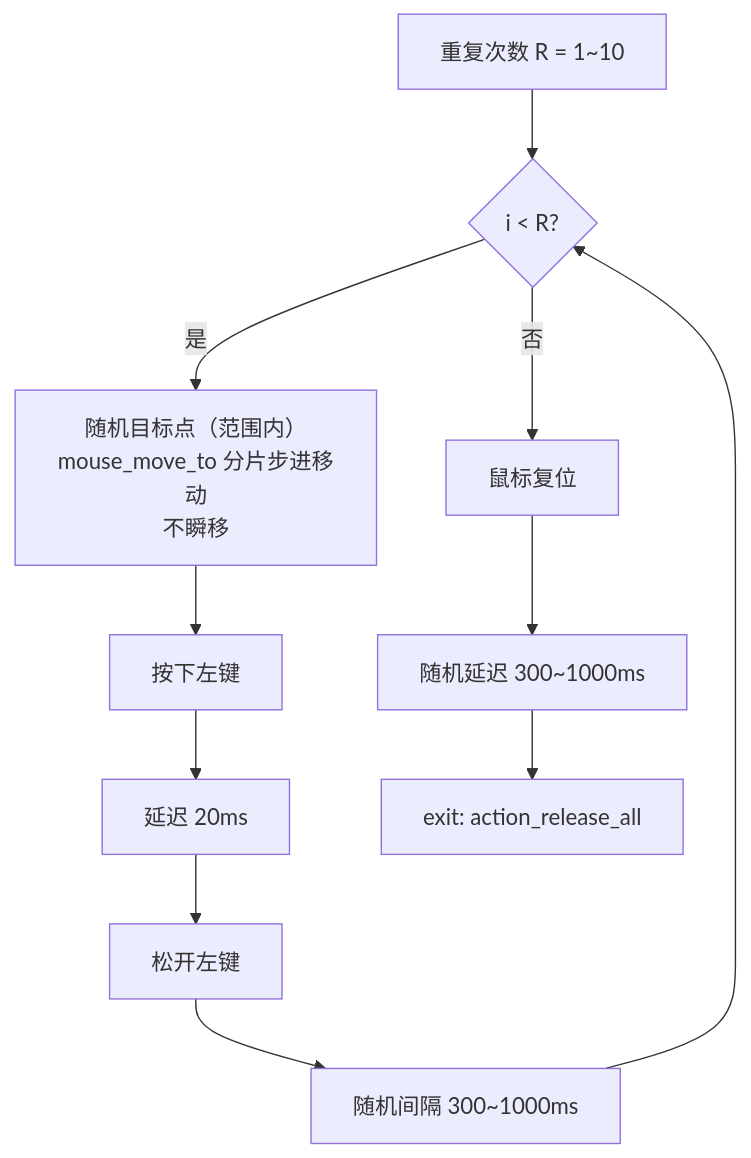
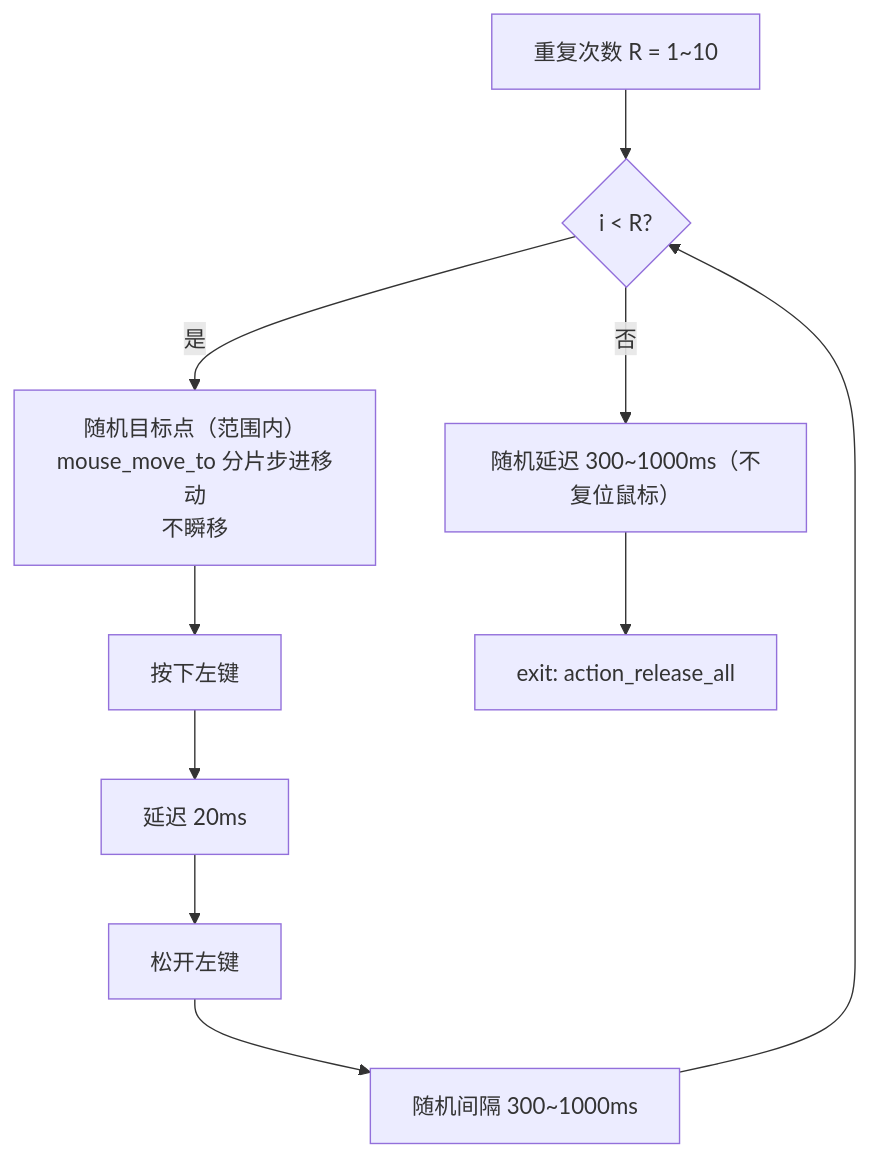
The third of 6 diagrams in 程序逻辑说明.md (cr3hf/ESP32_WEB_BLE_Keyboard-mouse), drawn with Mermaid before and after one commit. The commit also changed other lines of this file and 12 other files, not shown here.

````diff
--- a/程序逻辑说明.md
+++ b/程序逻辑说明.md
@@ -193,13 +193,12 @@
 ```mermaid
 flowchart TD
     A[重复次数 R = 1~10] --> B{i < R?}
     B -- 是 --> C[随机目标点（范围内）<br/>mouse_move_to 分片步进移动<br/>不瞬移]
     C --> D[按下左键]
     D --> E[延迟 20ms]
     E --> F[松开左键]
     F --> G[随机间隔 300~1000ms]
     G --> B
-    B -- 否 --> H[鼠标复位]
-    H --> I[随机延迟 300~1000ms]
+    B -- 否 --> I[随机延迟 300~1000ms（不复位鼠标）]
     I --> J[exit: action_release_all]
 ```
````
